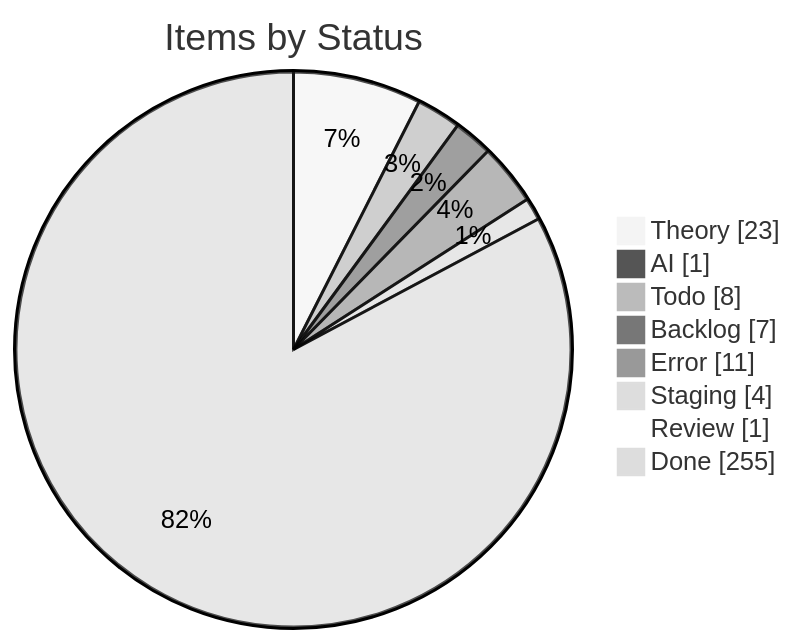
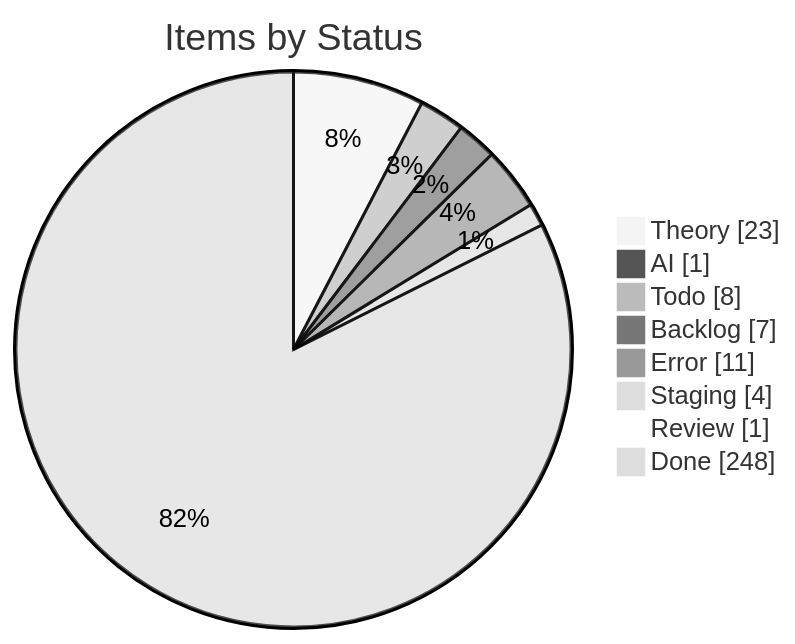
One commit to KBVE/kbve changed the first of 4 diagrams in apps/kbve/astro-kbve/src/content/docs/dashboard/kanban-data.mdx. Above: the diagram before and after it, drawn with Mermaid (neutral theme). The commit also changed other lines of this file and 8 other files, not shown here.

````diff
--- a/apps/kbve/astro-kbve/src/content/docs/dashboard/kanban-data.mdx
+++ b/apps/kbve/astro-kbve/src/content/docs/dashboard/kanban-data.mdx
@@ -55,12 +55,12 @@
 ```mermaid
 pie showData
     title Items by Status
     "Theory" : 23
     "AI" : 1
     "Todo" : 8
     "Backlog" : 7
     "Error" : 11
     "Staging" : 4
     "Review" : 1
-    "Done" : 255
+    "Done" : 248
 ```
````
